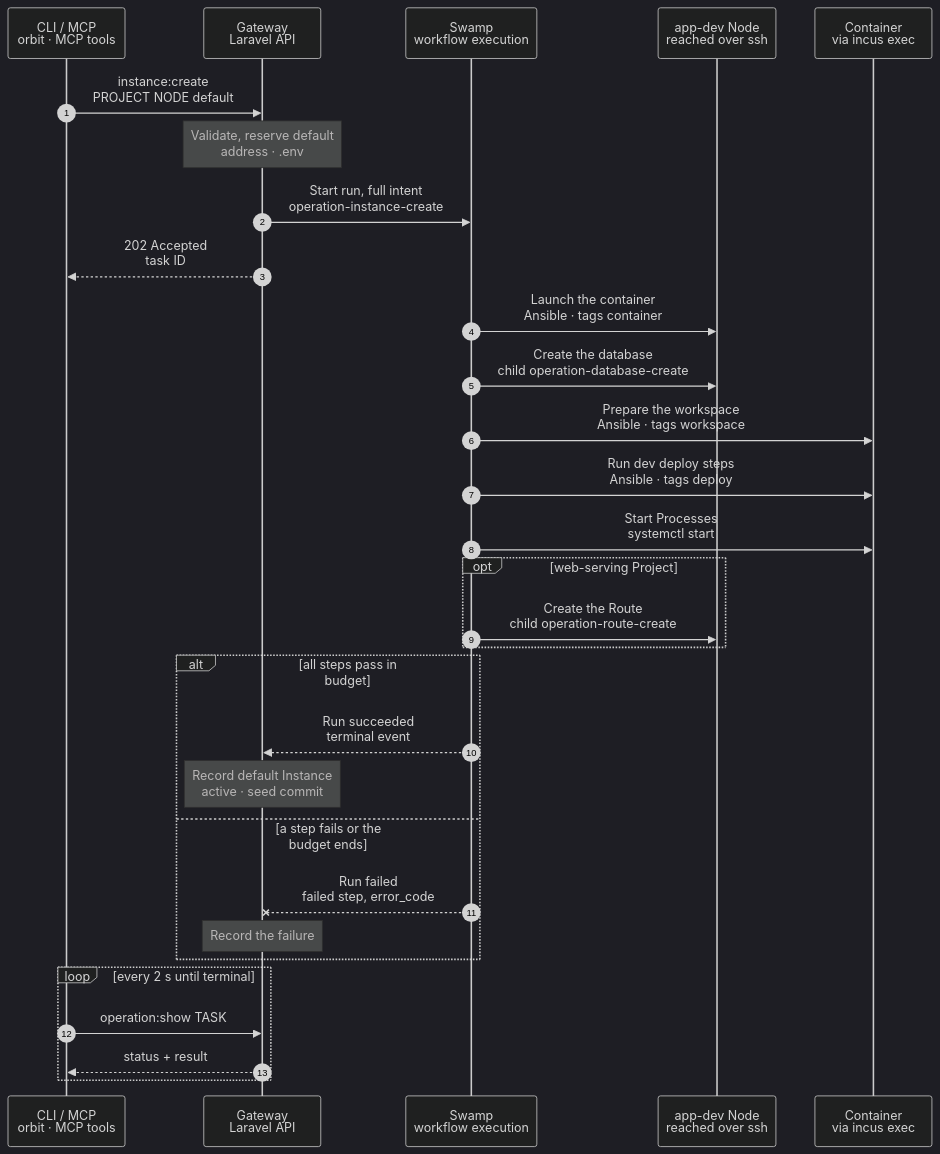
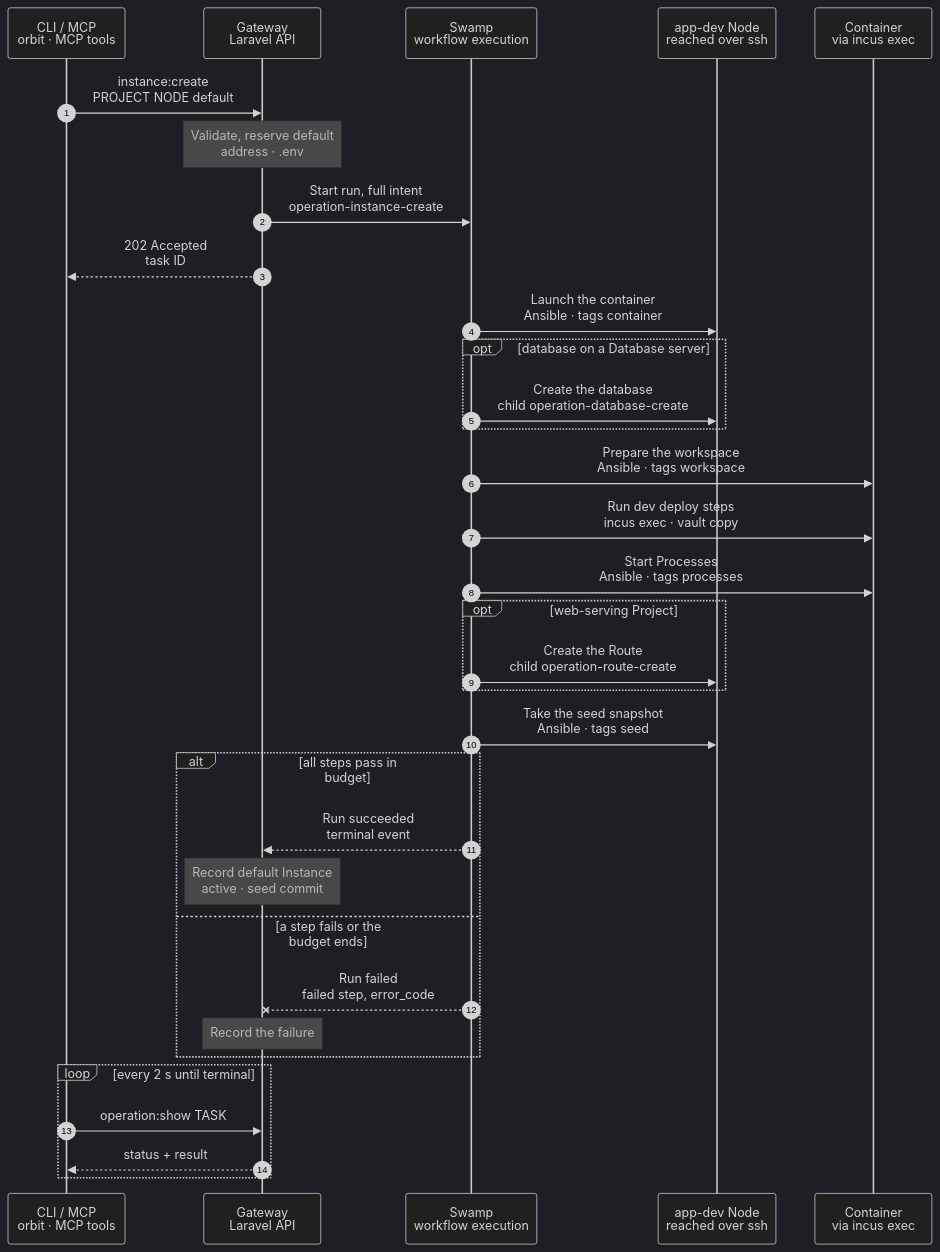
One commit to hardimpactdev/orbit changed the diagram in docs/cli/instance/container/create-default.mmd. Above: the diagram before and after it, drawn with Mermaid (dark theme). The commit also changed 49 other files, not shown here.

First line of the commit message:
Build a Project's first default Instance in a container (ADR 0250 step 6, PR 4) (#3299)

```diff
--- a/docs/cli/instance/container/create-default.mmd
+++ b/docs/cli/instance/container/create-default.mmd
@@ -1,66 +1,75 @@
 sequenceDiagram
   %% Target design, container runtime (ADR 0250 step 3, docs/reference/development-containers.md#the-default-instance): the Project's first default Instance on an app-dev Node, the only Instance built from scratch. It runs no T3; it is the clone source of the Project's other Instances. When the charts move into place, this becomes the first-default branch of container/create.mmd.
   %% status: draft
   %% command: instance:create PROJECT NODE default
   %% kind: instance.create
   autonumber
   %% lane CLI icon=terminal pill=caller tone=gray
   %% lane GW icon=gateway pill=intent tone=blue
   %% lane SW icon=workflow pill=executes tone=green
   %% lane N icon=server pill=target tone=amber
   %% lane C icon=server pill=target tone=purple
   participant CLI as CLI / MCP<br/>orbit · MCP tools
   participant GW as Gateway<br/>Laravel API
   participant SW as Swamp<br/>workflow execution
   participant N as app-dev Node<br/>reached over ssh
   participant C as Container<br/>via incus exec
   CLI->>GW: instance:create<br/>PROJECT NODE default
   %%> Command:
   %%> - `orbit instance:create PROJECT NODE default`
   %%> - a name equal to the Project's default branch also creates the `default` Instance
   Note over GW: Validate, reserve default<br/>address · .env
   %%> Requirements:
   %%> - the calling Node has node access to the target Node, an active `app-dev` Node
-  %%> - the Project has no default Instance on the Node
+  %%> - the Project has no default Instance anywhere in the fleet; its other Instances are made on this Node
+  %%> - a web-serving Project names its PHP version, and the runtime folder holds that static PHP build
   %%> Result:
   %%> - the default Instance is reserved with its runtime record and Route; it gets no T3 port
   %%> - `.env` is rendered from the Project's env template; a repository read token goes to the vault
   GW->>SW: Start run, full intent<br/>operation-instance-create
   GW-->>CLI: 202 Accepted<br/>task ID
   SW->>N: Launch the container<br/>Ansible · tags container
   %%> What it does:
-  %%> - `incus launch` from the Node's image, with the bridge address, `security.port_isolation`, the limits and the idmapped mount of `/opt/orbit-runtime`
+  %%> - `incus init` from the Node's image `orbit-instance` with the reserved bridge address, then `incus start`; the project's profile gives `security.port_isolation` and the idmapped, read-only shared folders
+  %%> - the NIC carries the bridge ACL and the container's own ACL, which lets only the Node's Caddy reach port 8080
   %%> - the agent folder is mounted too, so its clones have it; nothing in the default runs from it
-  %%> - fetches the default branch on the Node with the read token; the token stays on the Node
-  SW->>N: Create the database<br/>child operation-database-create
-  %%> What it does:
-  %%> - the database family creates the owner and the database on the Project's database server, on this Node or another
+  %%> - fetches the default branch into the Node's mirror with the read token; the token stays on the Node
+  opt database on a Database server
+    SW->>N: Create the database<br/>child operation-database-create
+    %%> What it does:
+    %%> - the database family creates the owner and the database on the Project's database server, on this Node or another
+    %%> - needs the container's database rule; without it the admission refuses `operation.kind_unavailable`
+  end
   SW->>C: Prepare the workspace<br/>Ansible · tags workspace
   %%> What it does:
-  %%> - pushes the default branch in and checks it out in `/srv/workspace`, with the group, setgid bits and default ACLs
+  %%> - pushes the default branch in as a bundle and checks it out in `/srv/workspace` as `orbit`, with the group, setgid bits and default ACLs
   %%> - writes `.env` for `orbit` with group `work`; writes no `/etc/orbit/instance`, so T3 never starts here
-  SW->>C: Run dev deploy steps<br/>Ansible · tags deploy
+  SW->>C: Run dev deploy steps<br/>incus exec · vault copy
   %%> What it does:
   %%> - the Project's development deploy steps, as `orbit`, in list order: they install dependencies and migrate
   %%> - the runtime folder supplies `php`, `composer`, Node and Bun; dependency downloads use the container egress model
-  SW->>C: Start Processes<br/>systemctl start
+  SW->>C: Start Processes<br/>Ansible · tags processes
   %%> What it does:
-  %%> - FrankenPHP and the Project's other development Processes start as `orbit` units
+  %%> - FrankenPHP starts as the `orbit` unit `orbit-frankenphp.service` on port 8080 of the bridge address
+  %%> - the Project's development Process definitions need their own records and vault path; until then the admission refuses them with `operation.kind_unavailable`
   opt web-serving Project
     SW->>N: Create the Route<br/>child operation-route-create
   end
+  SW->>N: Take the seed snapshot<br/>Ansible · tags seed
+  %%> What it does:
+  %%> - stops the Processes for a moment and snapshots the container as `seed-<commit>`, which clones copy
   alt all steps pass in budget
     SW-->>GW: Run succeeded<br/>terminal event
     Note over GW: Record default Instance<br/>active · seed commit
     %%> Result:
-    %%> - the default Instance is active; its first `seed-<commit>` snapshot, taken with the Processes stopped for a moment, is what clones copy
+    %%> - the default Instance is active and its container runs; the runtime records the seed commit
   else a step fails or the budget ends
     SW--xGW: Run failed<br/>failed step, error_code
     %%> What stays:
-    %%> - the stopped container and its database, marked failed; the same command resumes, `instance:destroy` removes them
+    %%> - the stopped container with its workspace, marked failed; the same command resumes it
     Note over GW: Record the failure
   end
   loop every 2 s until terminal
     CLI->>GW: operation:show TASK
     GW-->>CLI: status + result
   end
```
